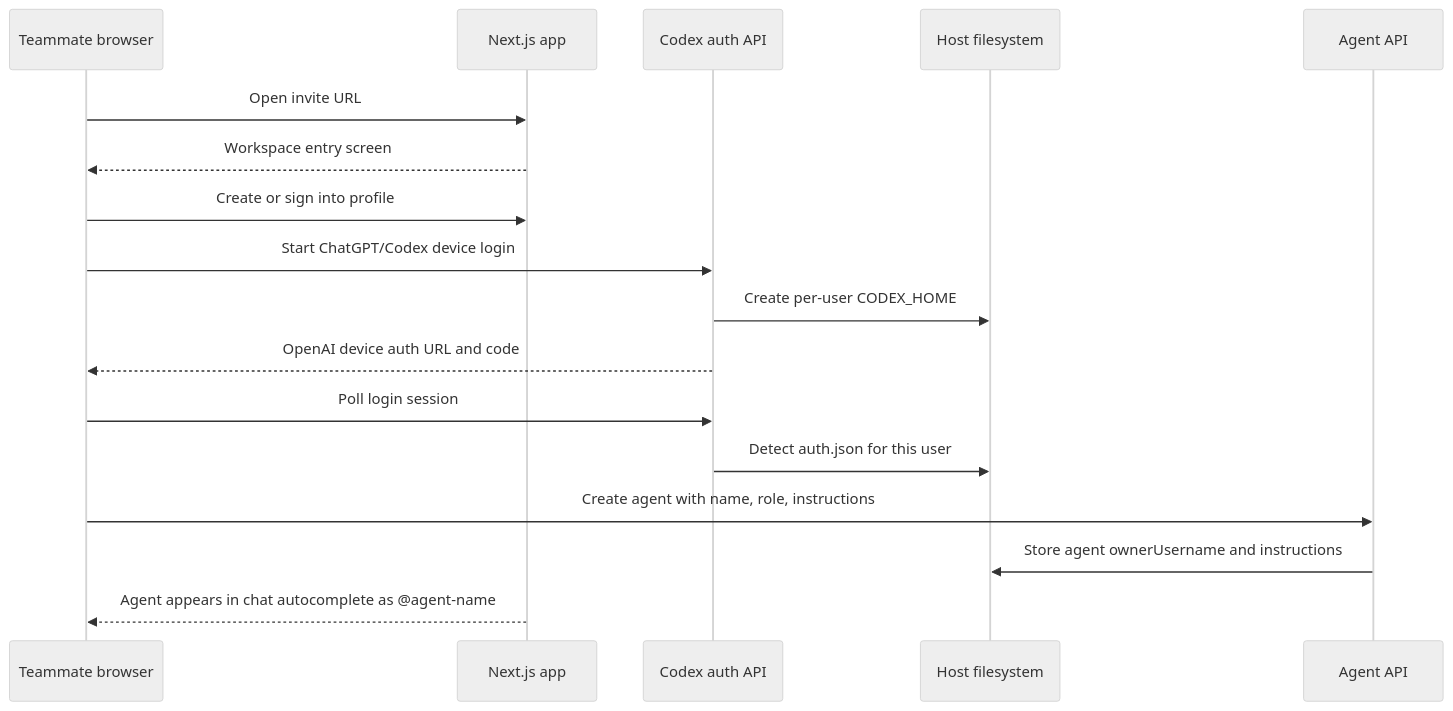
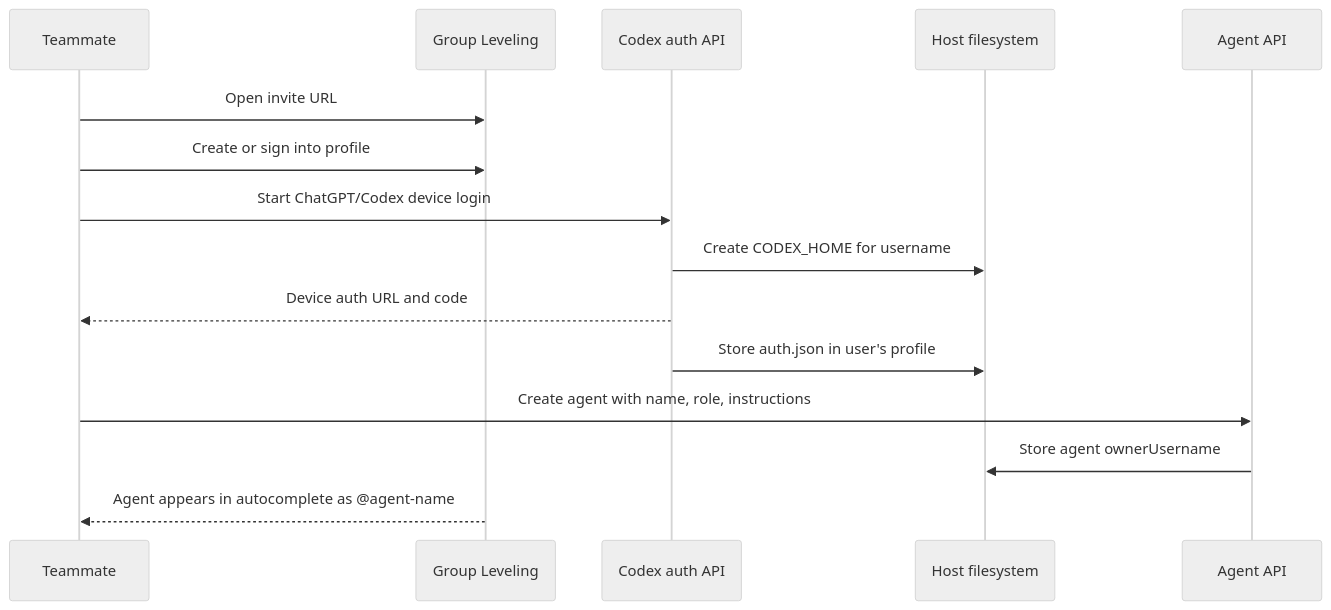
Before and after one commit to leonidas1312/group-leveling: the fourth of 9 diagrams in ARCHITECTURE.md, drawn with Mermaid (neutral theme). The commit also changed other lines of this file and 12 other files, not shown here.

````diff
--- a/ARCHITECTURE.md
+++ b/ARCHITECTURE.md
@@ -148,20 +151,18 @@
 ```mermaid
 sequenceDiagram
-  participant User as Teammate browser
-  participant App as Next.js app
+  participant User as Teammate
+  participant App as Group Leveling
   participant CodexAPI as Codex auth API
   participant Host as Host filesystem
   participant AgentAPI as Agent API
 
   User->>App: Open invite URL
-  App-->>User: Workspace entry screen
   User->>App: Create or sign into profile
   User->>CodexAPI: Start ChatGPT/Codex device login
-  CodexAPI->>Host: Create per-user CODEX_HOME
-  CodexAPI-->>User: OpenAI device auth URL and code
-  User->>CodexAPI: Poll login session
-  CodexAPI->>Host: Detect auth.json for this user
+  CodexAPI->>Host: Create CODEX_HOME for username
+  CodexAPI-->>User: Device auth URL and code
+  CodexAPI->>Host: Store auth.json in user's profile
   User->>AgentAPI: Create agent with name, role, instructions
-  AgentAPI->>Host: Store agent ownerUsername and instructions
-  App-->>User: Agent appears in chat autocomplete as @agent-name
+  AgentAPI->>Host: Store agent ownerUsername
+  App-->>User: Agent appears in autocomplete as @agent-name
 ```
````
